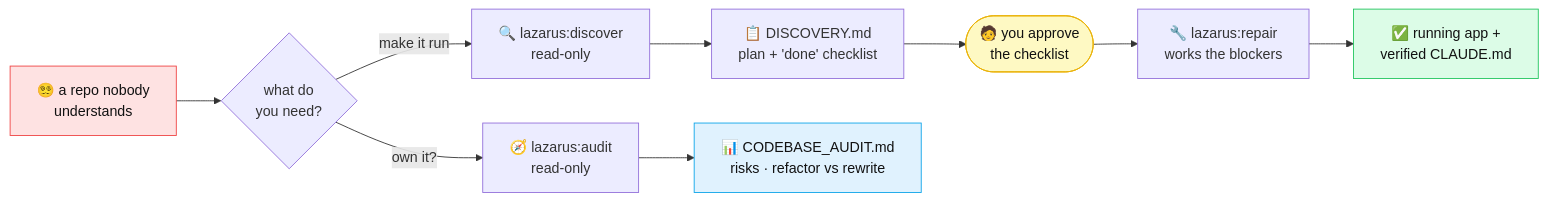
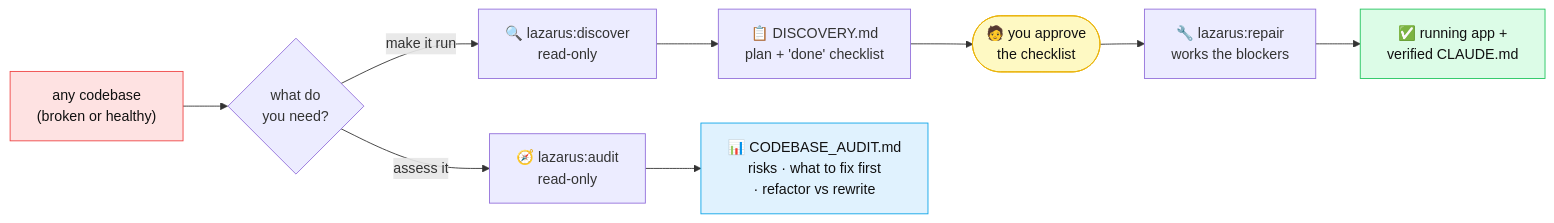
Before and after one commit to CognitiveCodeAI/lazarus: the diagram in README.md, drawn with Mermaid. The commit also changed other lines of this file, not shown here.

Commit message:
Docs: clarify README as two workflows; broaden to any codebase; drop narrow "inherited/worth-owning" framing

````diff
--- a/README.md
+++ b/README.md
@@ -77,18 +80,18 @@
 ```mermaid
 flowchart LR
-    A["😵‍💫 a repo nobody<br/>understands"] --> B{what do<br/>you need?}
+    A["any codebase<br/>(broken or healthy)"] --> B{what do<br/>you need?}
 
     B -->|make it run| C["🔍 lazarus:discover<br/>read-only"]
     C --> D["📋 DISCOVERY.md<br/>plan + 'done' checklist"]
     D --> E(["🧑 you approve<br/>the checklist"])
     E --> F["🔧 lazarus:repair<br/>works the blockers"]
     F --> G["✅ running app +<br/>verified CLAUDE.md"]
 
-    B -->|own it?| H["🧭 lazarus:audit<br/>read-only"]
-    H --> I["📊 CODEBASE_AUDIT.md<br/>risks · refactor vs rewrite"]
+    B -->|assess it| H["🧭 lazarus:audit<br/>read-only"]
+    H --> I["📊 CODEBASE_AUDIT.md<br/>risks · what to fix first<br/>· refactor vs rewrite"]
 
     style A fill:#fee2e2,stroke:#ef4444,color:#111
     style G fill:#dcfce7,stroke:#22c55e,color:#111
     style I fill:#e0f2fe,stroke:#0ea5e9,color:#111
     style E fill:#fef9c3,stroke:#eab308,color:#111
 ```
````
